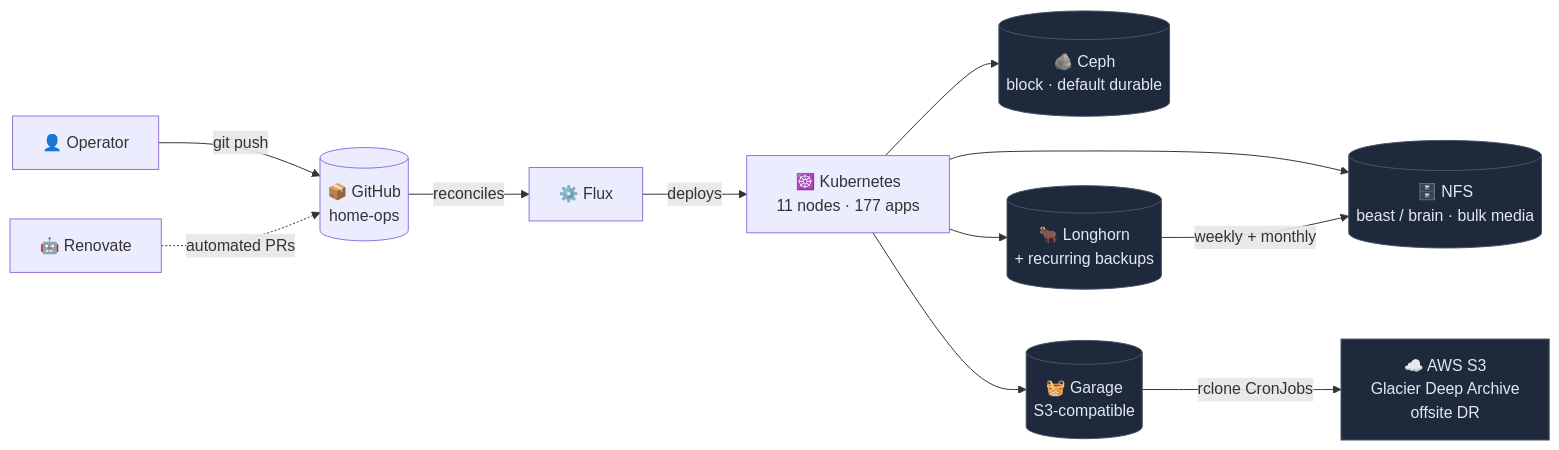
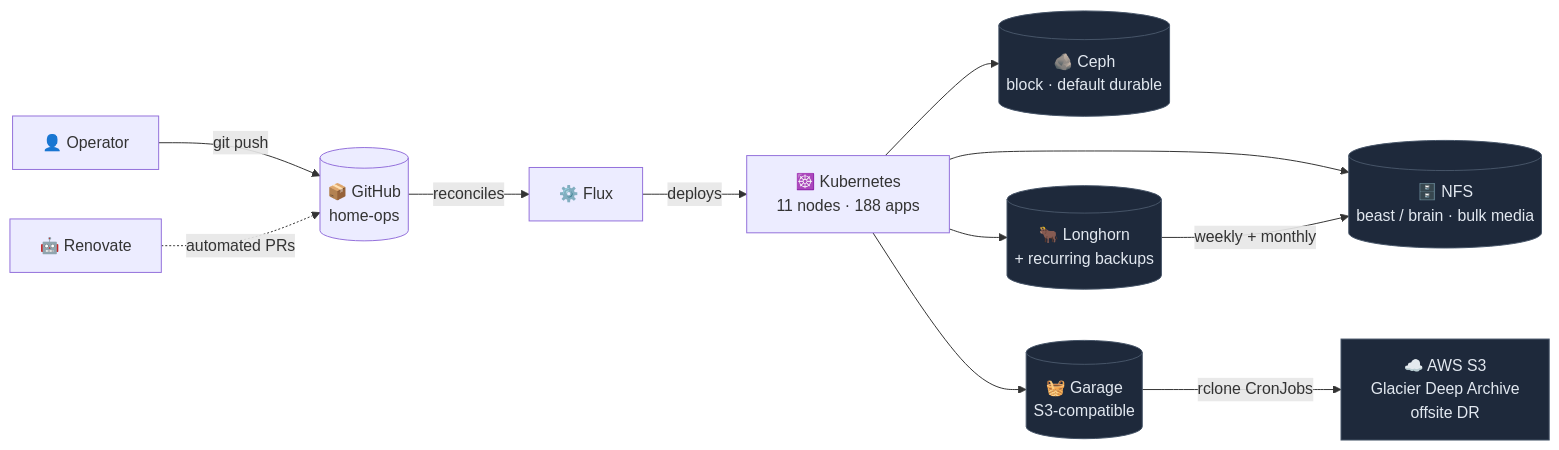
One commit to rwlove/home-ops changed the first of 3 diagrams in README.md. Above: the diagram before and after it, drawn with Mermaid. The commit also changed other lines of this file and 2 other files, not shown here.

````diff
--- a/README.md
+++ b/README.md
@@ -40,18 +40,18 @@
 ```mermaid
 flowchart LR
     Dev[👤 Operator] -->|git push| Repo[(📦 GitHub<br/>home-ops)]
     Renovate[🤖 Renovate] -.->|automated PRs| Repo
     Repo -->|reconciles| Flux[⚙️ Flux]
-    Flux -->|deploys| Cluster[☸️ Kubernetes<br/>11 nodes · 177 apps]
+    Flux -->|deploys| Cluster[☸️ Kubernetes<br/>11 nodes · 188 apps]
 
     Cluster --> Ceph[(🪨 Ceph<br/>block · default durable)]
     Cluster --> LH[(🐂 Longhorn<br/>+ recurring backups)]
     Cluster --> Garage[(🧺 Garage<br/>S3-compatible)]
     Cluster --> NFS[(🗄️ NFS<br/>beast / brain · bulk media)]
 
     LH -->|weekly + monthly| NFS
     Garage -->|rclone CronJobs| AWS[☁️ AWS S3<br/>Glacier Deep Archive<br/>offsite DR]
 
     classDef store fill:#1e293b,stroke:#475569,color:#e2e8f0
     class Ceph,LH,Garage,NFS,AWS store
 ```
````
